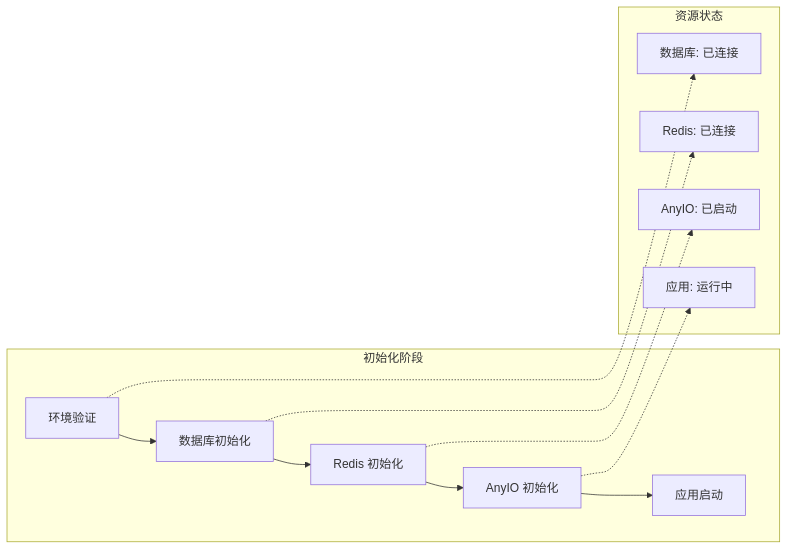
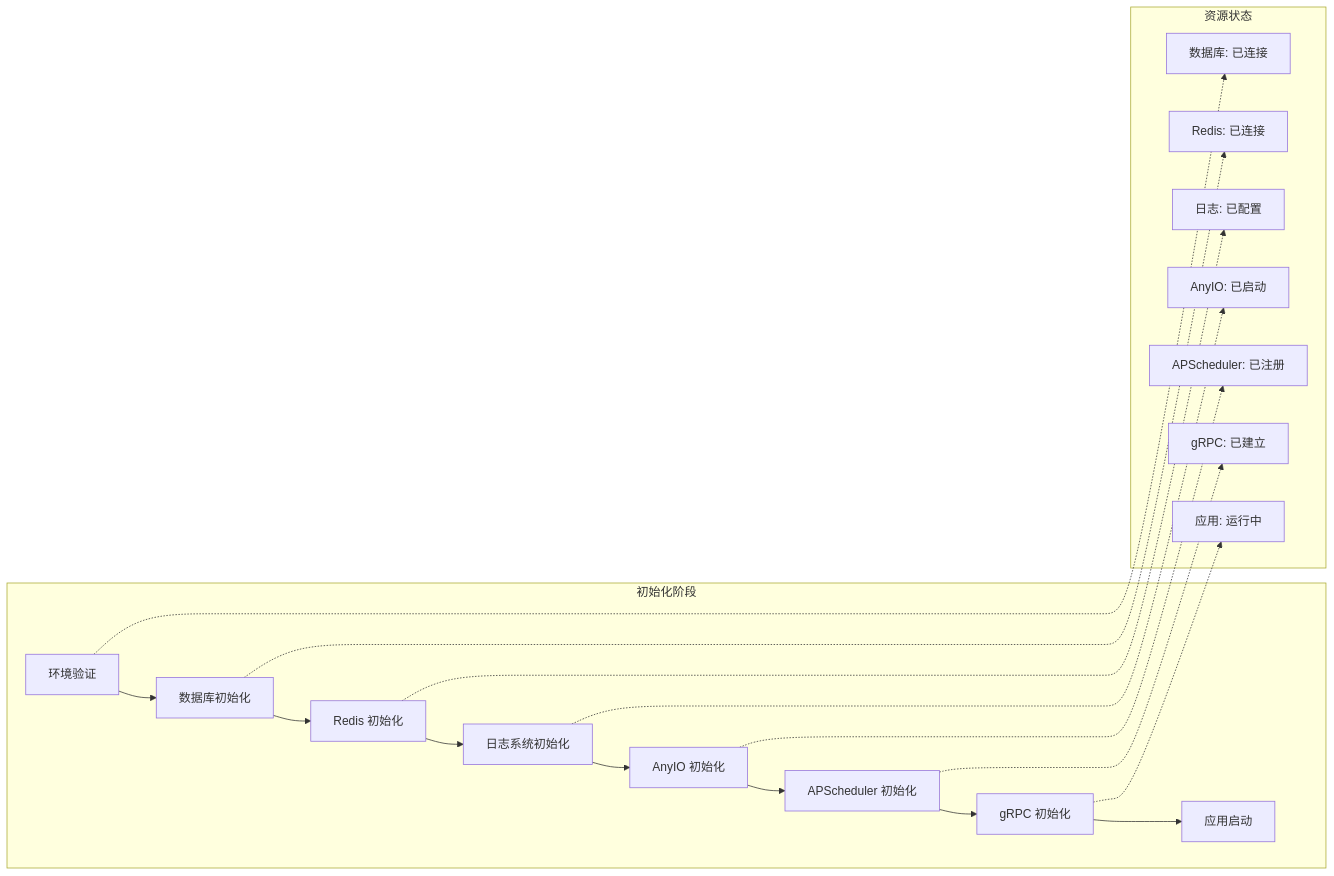
The fifth of 9 diagrams in .qoder/repowiki/zh/content/核心架构设计/应用生命周期管理.md (lilinzezzzzzz/fastapi-backend), drawn with Mermaid before and after one commit. The commit also changed other lines of this file and 4 other files, not shown here.

````diff
--- a/.qoder/repowiki/zh/content/核心架构设计/应用生命周期管理.md
+++ b/.qoder/repowiki/zh/content/核心架构设计/应用生命周期管理.md
@@ -259,19 +350,28 @@
 ```mermaid
 flowchart LR
 subgraph "初始化阶段"
 A[环境验证] --> B[数据库初始化]
 B --> C[Redis 初始化]
-C --> D[AnyIO 初始化]
-D --> E[应用启动]
+C --> D[日志系统初始化]
+D --> E[AnyIO 初始化]
+E --> F[APScheduler 初始化]
+F --> G[gRPC 初始化]
+G --> H[应用启动]
 end
 subgraph "资源状态"
-F[数据库: 已连接]
-G[Redis: 已连接]
-H[AnyIO: 已启动]
-I[应用: 运行中]
+I[数据库: 已连接]
+J[Redis: 已连接]
+K[日志: 已配置]
+L[AnyIO: 已启动]
+M[APScheduler: 已注册]
+N[gRPC: 已建立]
+O[应用: 运行中]
 end
-A -.-> F
-B -.-> G
-C -.-> H
-D -.-> I
+A -.-> I
+B -.-> J
+C -.-> K
+D -.-> L
+E -.-> M
+F -.-> N
+G -.-> O
 ```
````
